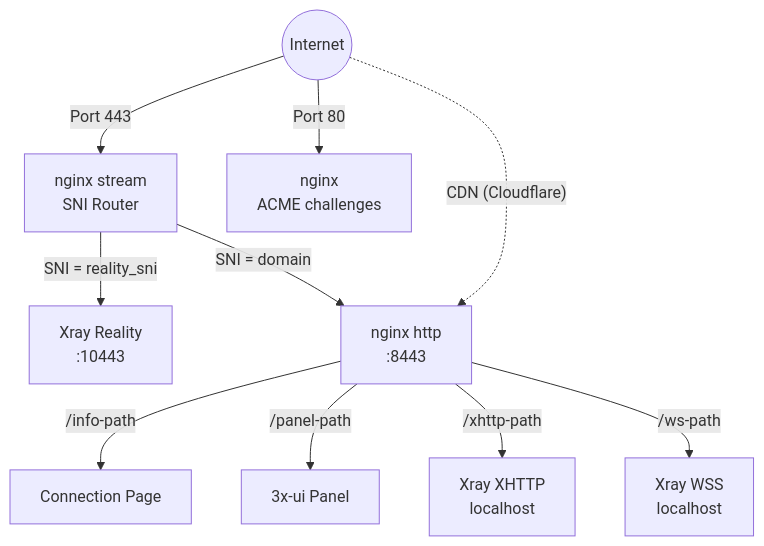
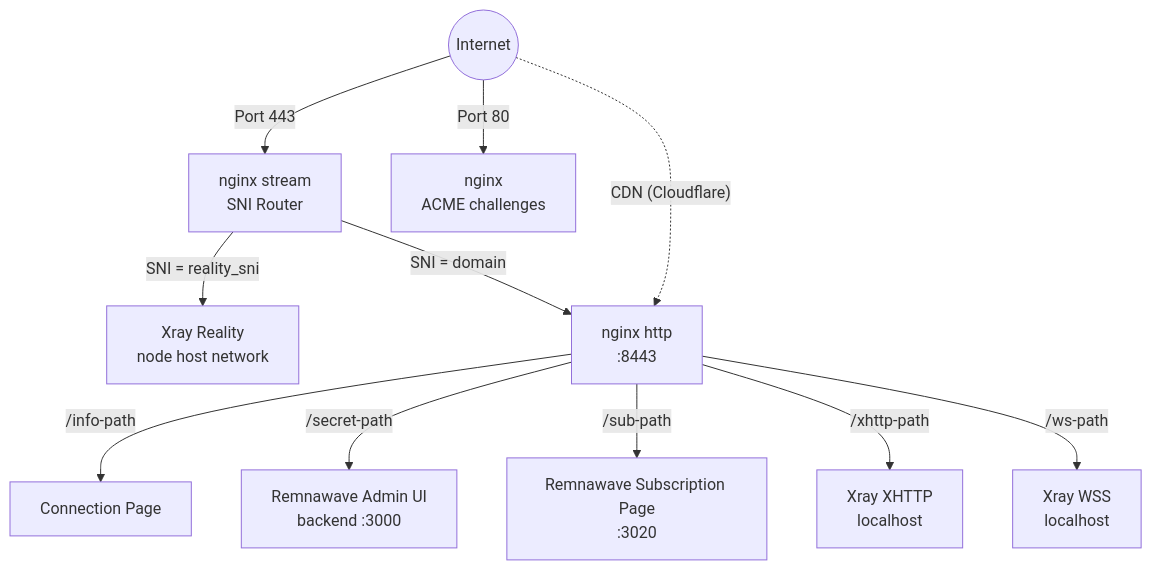
The second of 3 diagrams in website/src/content/docs/en/architecture.md (uburuntu/meridian), drawn with Mermaid before and after one commit. The commit also changed other lines of this file and 9 other files, not shown here.

````diff
--- a/website/src/content/docs/en/architecture.md
+++ b/website/src/content/docs/en/architecture.md
@@ -40,12 +41,13 @@
 ```mermaid
 flowchart TD
     Internet((Internet)) -->|Port 443| Nginx[nginx stream<br>SNI Router]
-    Nginx -->|"SNI = reality_sni"| Xray["Xray Reality<br>:10443"]
+    Nginx -->|"SNI = reality_sni"| XrayReal["Xray Reality<br>node host network"]
     Nginx -->|"SNI = domain"| NginxHTTP["nginx http<br>:8443"]
     NginxHTTP -->|/info-path| Page[Connection Page]
-    NginxHTTP -->|/panel-path| Panel[3x-ui Panel]
+    NginxHTTP -->|/secret-path| Panel[Remnawave Admin UI<br>backend :3000]
+    NginxHTTP -->|/sub-path| SubPage[Remnawave Subscription Page<br>:3020]
     NginxHTTP -->|/xhttp-path| XrayXHTTP["Xray XHTTP<br>localhost"]
     NginxHTTP -->|/ws-path| XrayWSS["Xray WSS<br>localhost"]
     Internet -->|Port 80| NginxACME["nginx<br>ACME challenges"]
     Internet -.->|"CDN (Cloudflare)"| NginxHTTP
 ```
````
